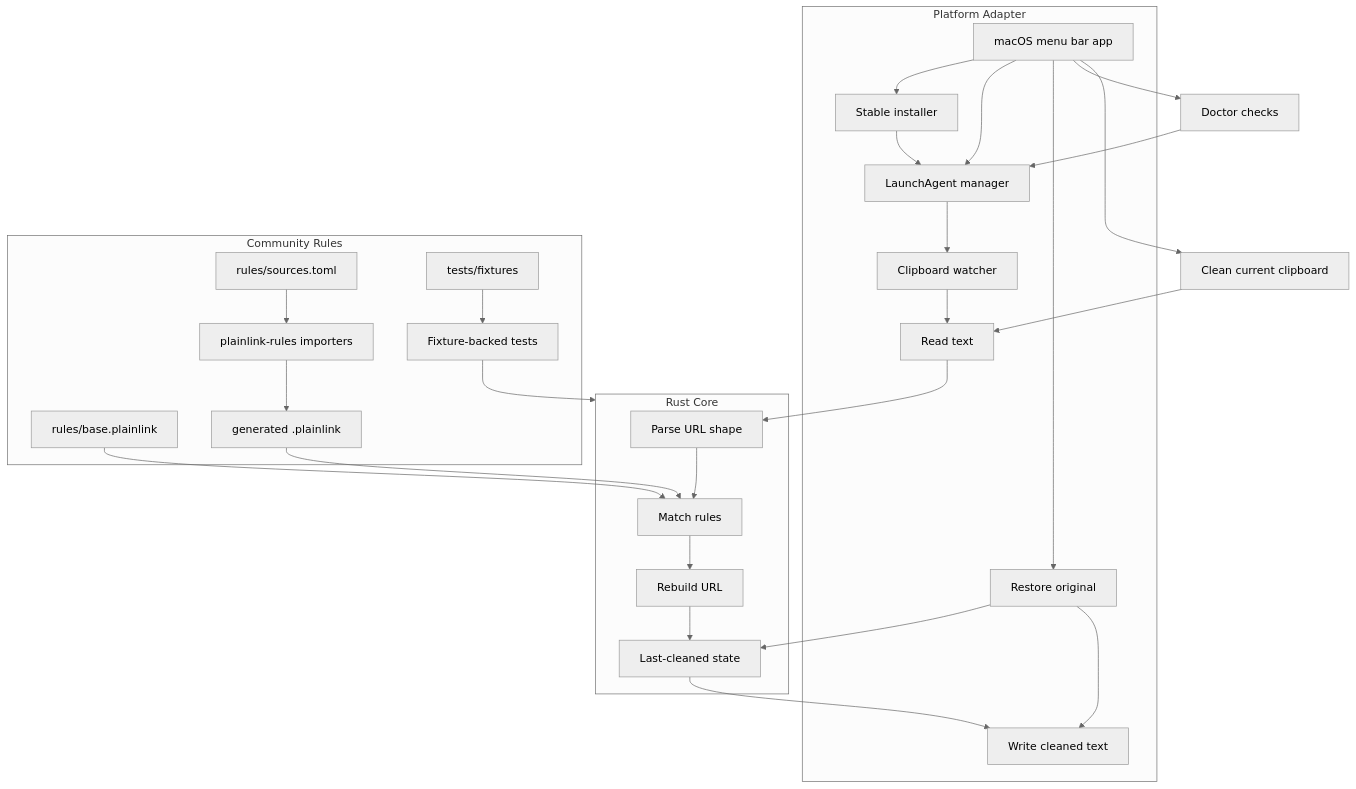
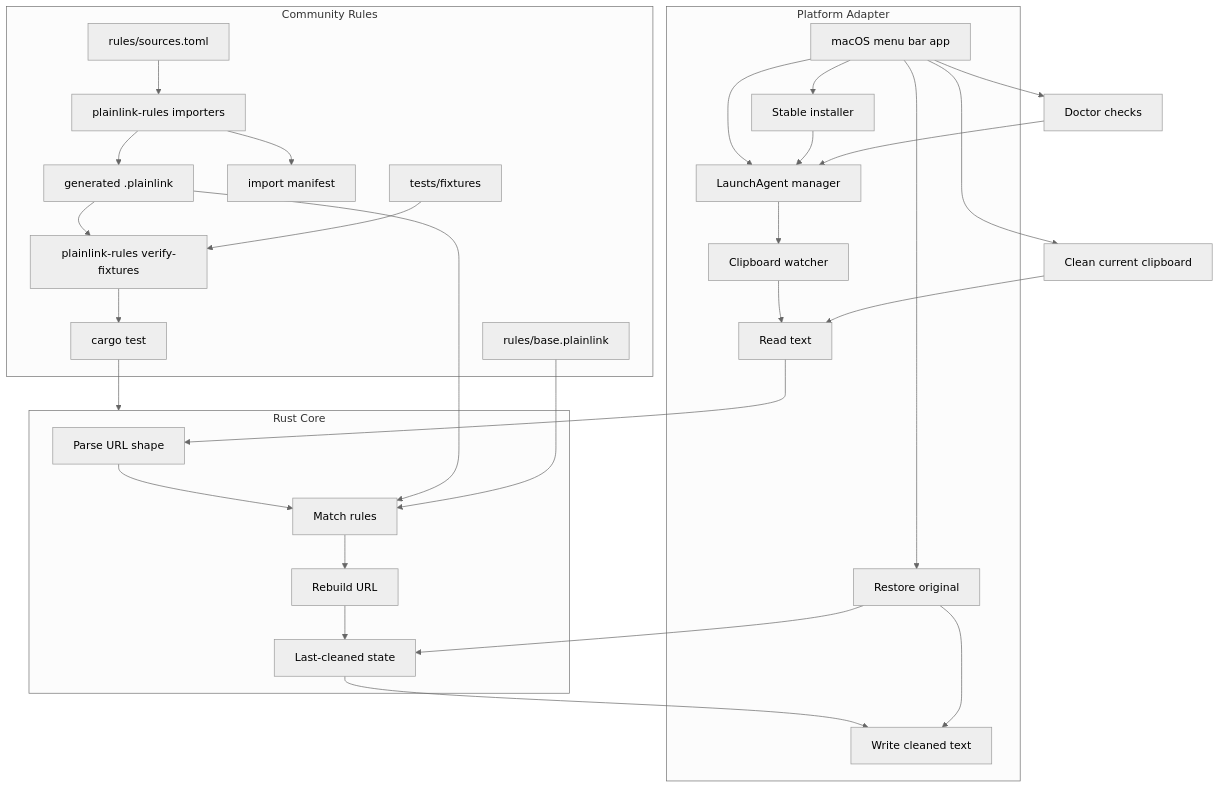
One commit to HexCodeYT/PlainLink changed the first of 3 diagrams in docs/ARCHITECTURE.md. Above: the diagram before and after it, drawn with Mermaid (neutral theme). The commit also changed other lines of this file and 6 other files, not shown here.

````diff
--- a/docs/ARCHITECTURE.md
+++ b/docs/ARCHITECTURE.md
@@ -5,47 +5,52 @@
 ```mermaid
 flowchart TB
     subgraph Platform["Platform Adapter"]
         Menu["macOS menu bar app"]
         Install["Stable installer"]
         Agent["LaunchAgent manager"]
         Watch["Clipboard watcher"]
         Read["Read text"]
         Write["Write cleaned text"]
         Restore["Restore original"]
     end
 
     subgraph Core["Rust Core"]
         Parse["Parse URL shape"]
         Match["Match rules"]
         Rebuild["Rebuild URL"]
         State["Last-cleaned state"]
     end
 
     subgraph Community["Community Rules"]
         Base["rules/base.plainlink"]
         Sources["rules/sources.toml"]
         Importers["plainlink-rules importers"]
         Generated["generated .plainlink"]
+        Manifest["import manifest"]
         Fixtures["tests/fixtures"]
-        Tests["Fixture-backed tests"]
+        Gate["plainlink-rules verify-fixtures"]
+        Tests["cargo test"]
     end
 
     Menu --> Install
     Menu --> Agent
     Menu --> Restore
     Menu --> Doctor["Doctor checks"]
     Menu --> OneShot["Clean current clipboard"]
     Install --> Agent
     Agent --> Watch
     Watch --> Read --> Parse --> Match --> Rebuild --> State --> Write
     OneShot --> Read
     Restore --> State
     Restore --> Write
     Doctor --> Agent
     Sources --> Importers
     Importers --> Generated
+    Importers --> Manifest
+    Generated --> Gate
     Generated --> Match
     Base --> Match
-    Fixtures --> Tests
+    Fixtures --> Gate
+    Gate --> Tests
     Tests --> Core
 ```
````
